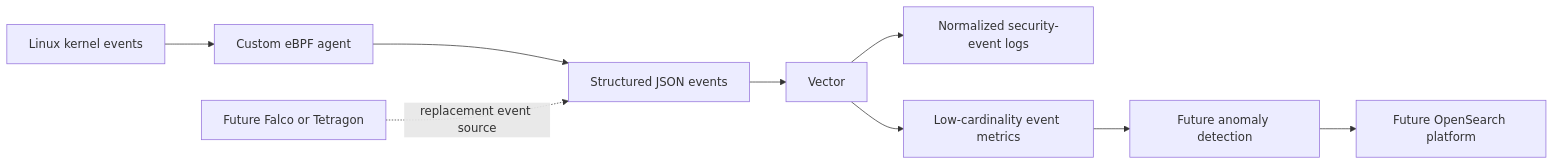
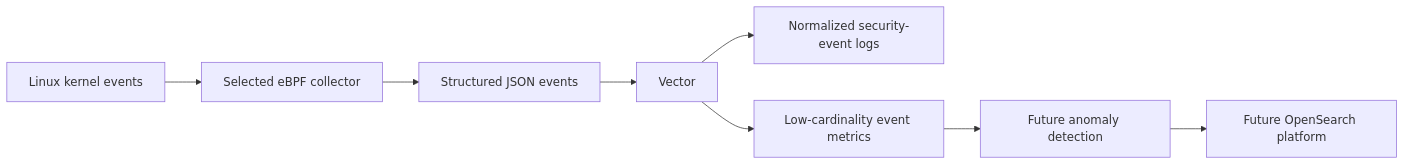
Before and after one commit to sohampachpande/container-runtime-debugger: the diagram in docs/design.md, drawn with Mermaid. The commit also changed other lines of this file and 1 other file, not shown here.

Commit message:
Select Tetragon for runtime telemetry

````diff
--- a/docs/design.md
+++ b/docs/design.md
@@ -46,11 +48,10 @@
 ```mermaid
 flowchart LR
-    K[Linux kernel events] --> A[Custom eBPF agent]
+    K[Linux kernel events] --> A[Selected eBPF collector]
     A --> J[Structured JSON events]
     J --> V[Vector]
     V --> L[Normalized security-event logs]
     V --> M[Low-cardinality event metrics]
     M --> D[Future anomaly detection]
     D --> O[Future OpenSearch platform]
-    F[Future Falco or Tetragon] -. replacement event source .-> J
 ```
````
